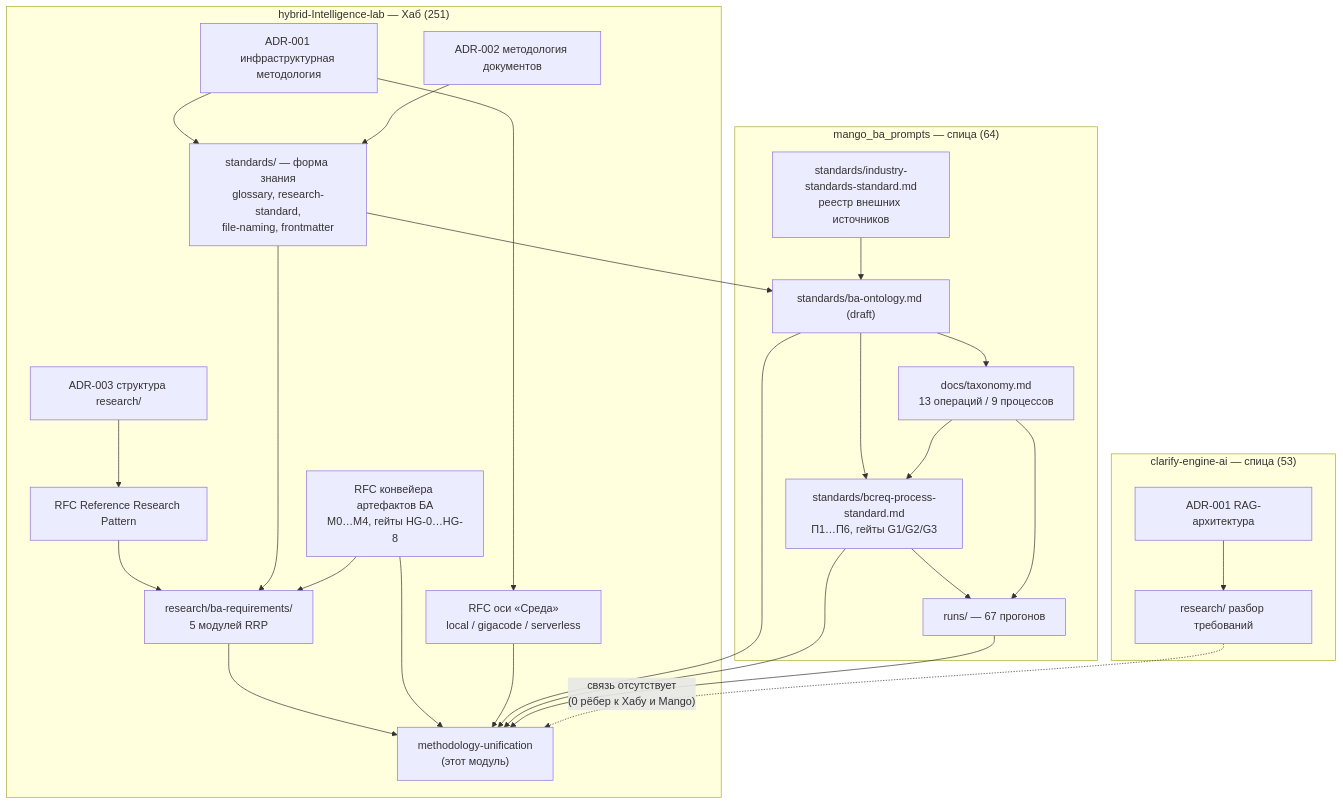
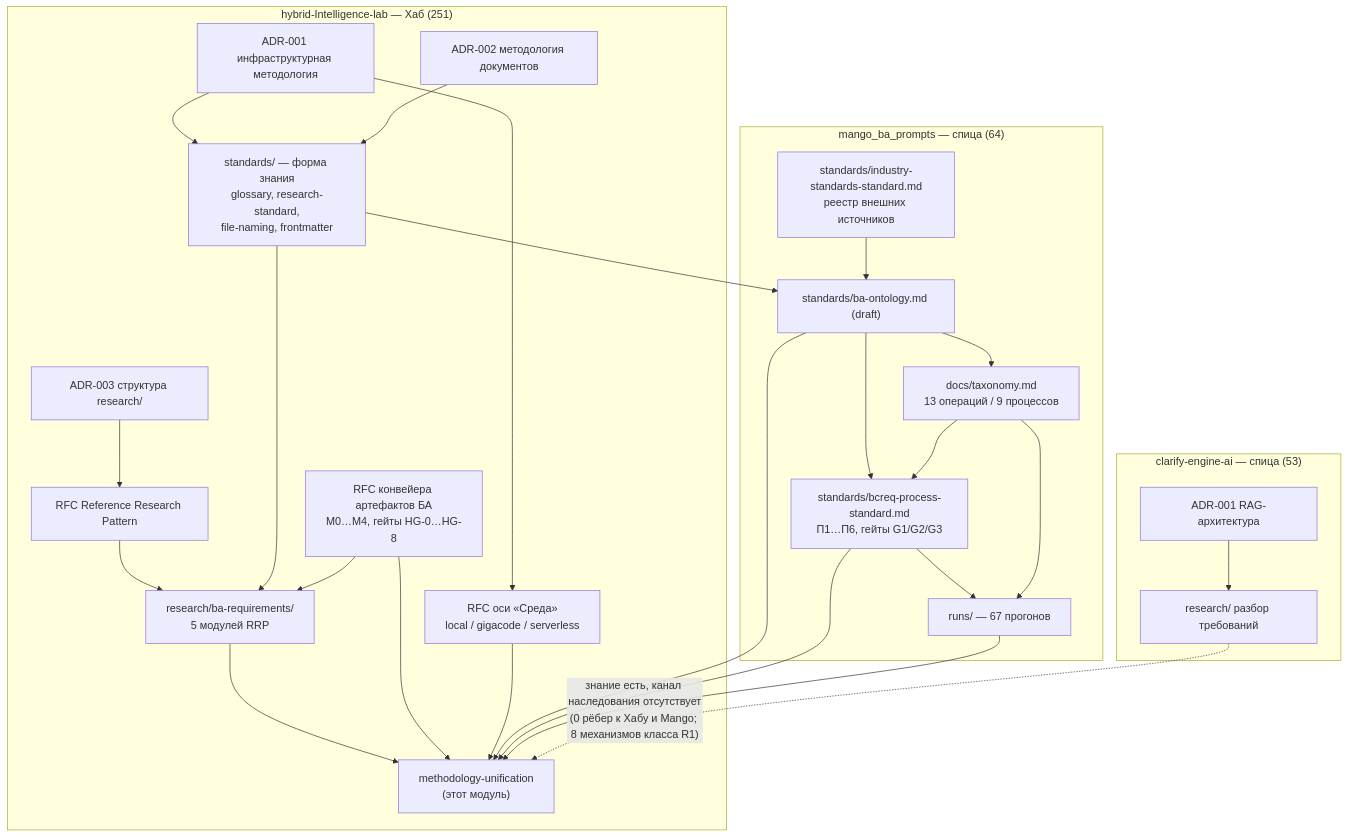
The diagram in research/ba-requirements/2026-09-07-ecosystem-knowledge-inventory.md (konard/G-Ivan-A-hybrid-Intelligence-lab), drawn with Mermaid before and after one commit. The commit also changed other lines of this file and 8 other files, not shown here.

````diff
--- a/research/ba-requirements/2026-09-07-ecosystem-knowledge-inventory.md
+++ b/research/ba-requirements/2026-09-07-ecosystem-knowledge-inventory.md
@@ -194,48 +250,48 @@
 ```mermaid
 graph TD
   subgraph HUB["hybrid-Intelligence-lab — Хаб (251)"]
     ADR001["ADR-001 инфраструктурная методология"]
     ADR002["ADR-002 методология документов"]
     ADR003["ADR-003 структура research/"]
     RRP["RFC Reference Research Pattern"]
     STD["standards/ — форма знания<br/>glossary, research-standard,<br/>file-naming, frontmatter"]
     PIPE["RFC конвейера артефактов БА<br/>M0…M4, гейты HG-0…HG-8"]
     BAREQ["research/ba-requirements/<br/>5 модулей RRP"]
     ENV["RFC оси «Среда»<br/>local / gigacode / serverless"]
     MU["methodology-unification<br/>(этот модуль)"]
   end
   subgraph MANGO["mango_ba_prompts — спица (64)"]
     ONT["standards/ba-ontology.md (draft)"]
     TAX["docs/taxonomy.md<br/>13 операций / 9 процессов"]
     BCREQ["standards/bcreq-process-standard.md<br/>П1…П6, гейты G1/G2/G3"]
     IND["standards/industry-standards-standard.md<br/>реестр внешних источников"]
     RUNS["runs/ — 67 прогонов"]
   end
   subgraph CLARIFY["clarify-engine-ai — спица (53)"]
     RAG["ADR-001 RAG-архитектура"]
     PARSE["research/ разбор требований"]
   end
 
   ADR001 --> STD
   ADR002 --> STD
   ADR003 --> RRP
   RRP --> BAREQ
   STD --> BAREQ
   PIPE --> BAREQ
   ADR001 --> ENV
   ONT --> BCREQ
   TAX --> BCREQ
   ONT --> TAX
   IND --> ONT
   BCREQ --> RUNS
   TAX --> RUNS
   STD --> ONT
   BAREQ --> MU
   PIPE --> MU
   ENV --> MU
   ONT --> MU
   BCREQ --> MU
   RUNS --> MU
   RAG --> PARSE
-  PARSE -.->|"связь отсутствует<br/>(0 рёбер к Хабу и Mango)"| MU
+  PARSE -.->|"знание есть, канал наследования отсутствует<br/>(0 рёбер к Хабу и Mango; 8 механизмов класса R1)"| MU
 ```
````
